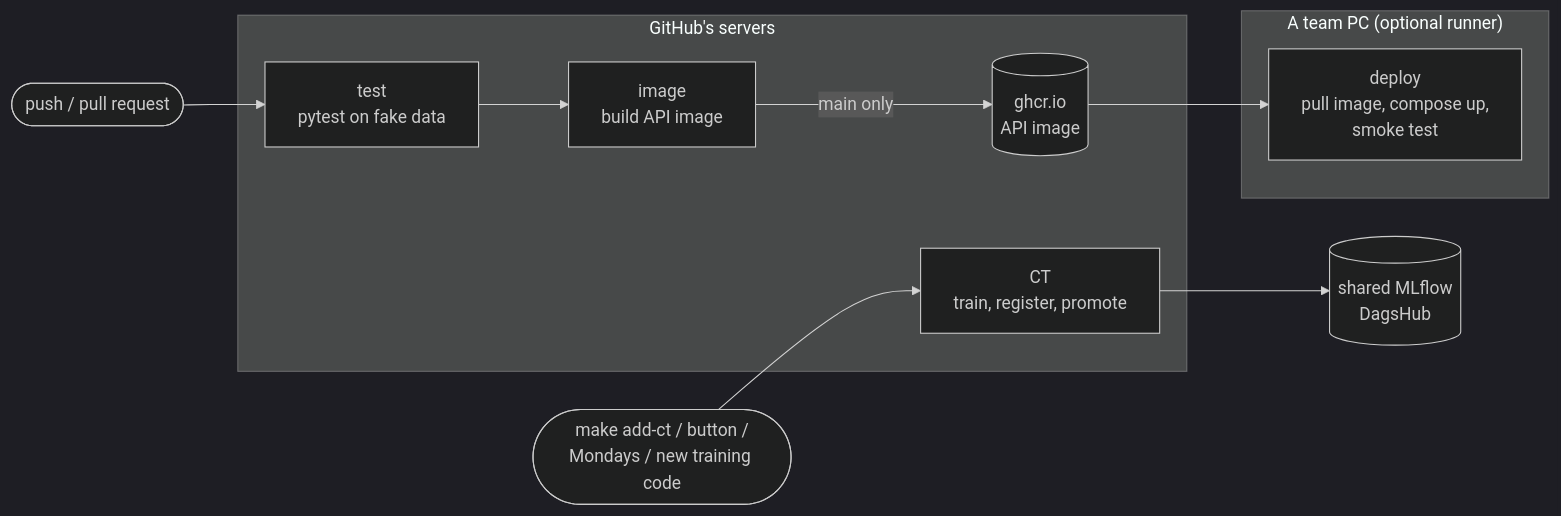
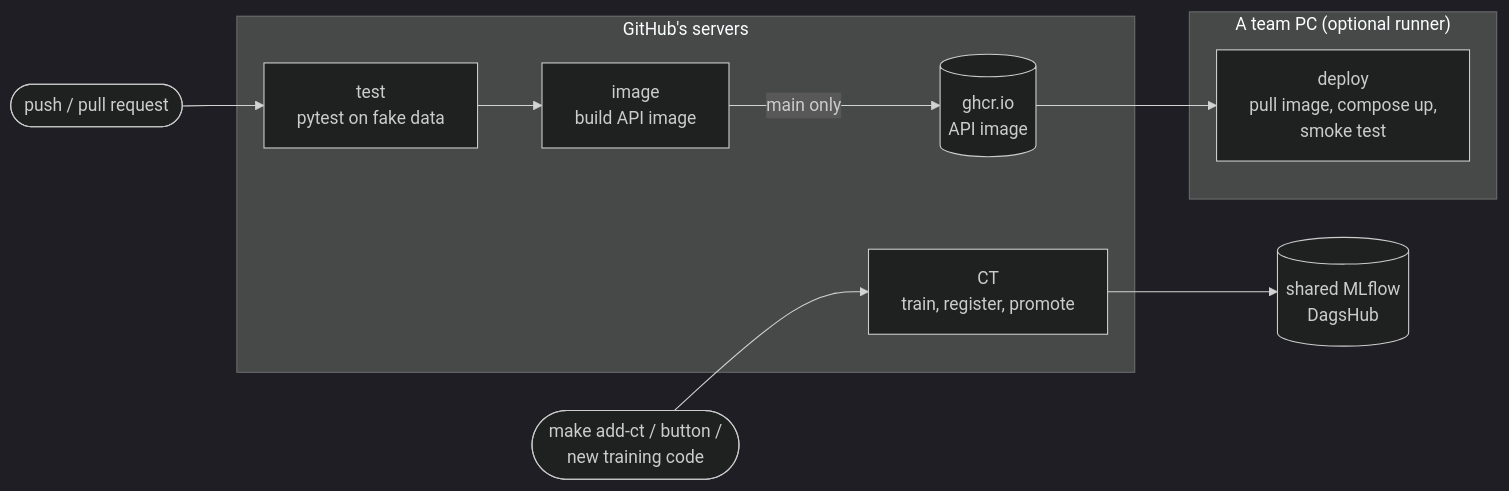
Before and after one commit to deensza/skysat-mlops: the third of 3 diagrams in docs/architecture.md, drawn with Mermaid (dark theme). The commit also changed 3 other files, not shown here.

Commit message:
CT: remove the weekly schedule (runs on request and when training code lands on main)

````diff
--- a/docs/architecture.md
+++ b/docs/architecture.md
@@ -125,16 +125,16 @@
 ```mermaid
 flowchart LR
     subgraph GH["GitHub's servers"]
         test["test<br/>pytest on fake data"]
         image["image<br/>build API image"]
         ghcr[("ghcr.io<br/>API image")]
         ct["CT<br/>train, register, promote"]
     end
     mlflow[("shared MLflow<br/>DagsHub")]
     subgraph PC["A team PC (optional runner)"]
         deploy["deploy<br/>pull image, compose up,<br/>smoke test"]
     end
     push(["push / pull request"]) --> test --> image
     image -- "main only" --> ghcr --> deploy
-    trig(["make add-ct / button /<br/>Mondays / new training code"]) --> ct --> mlflow
+    trig(["make add-ct / button /<br/>new training code"]) --> ct --> mlflow
 ```
````
